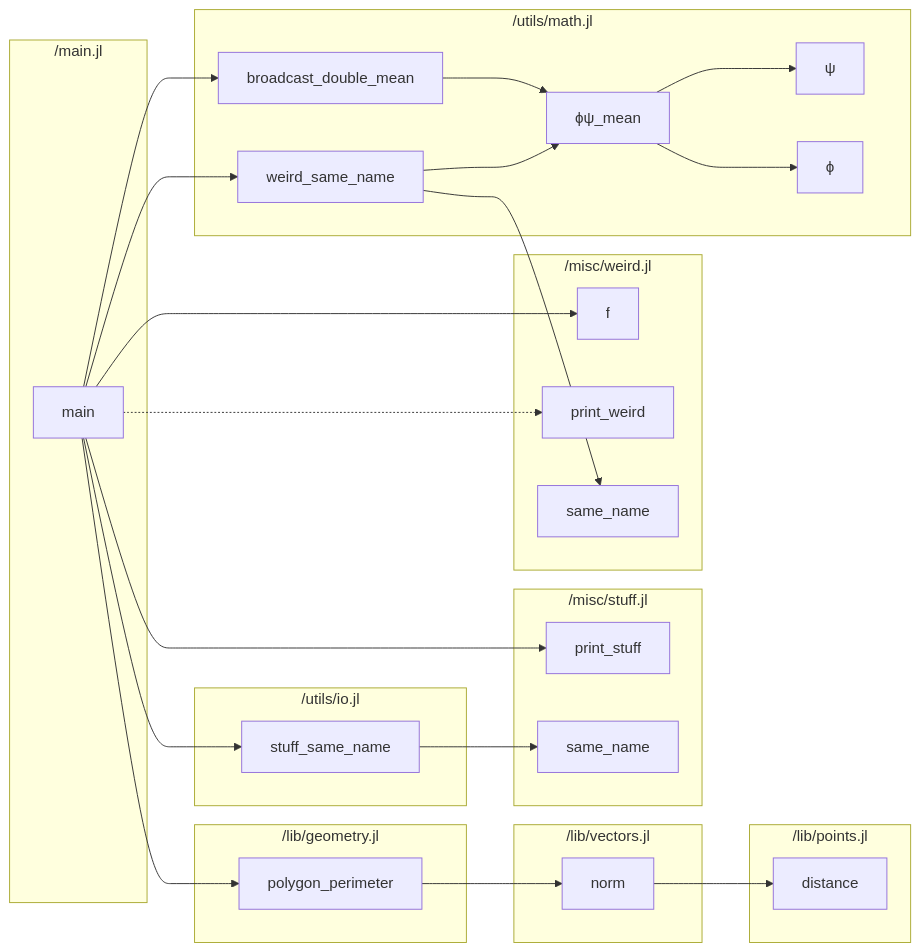
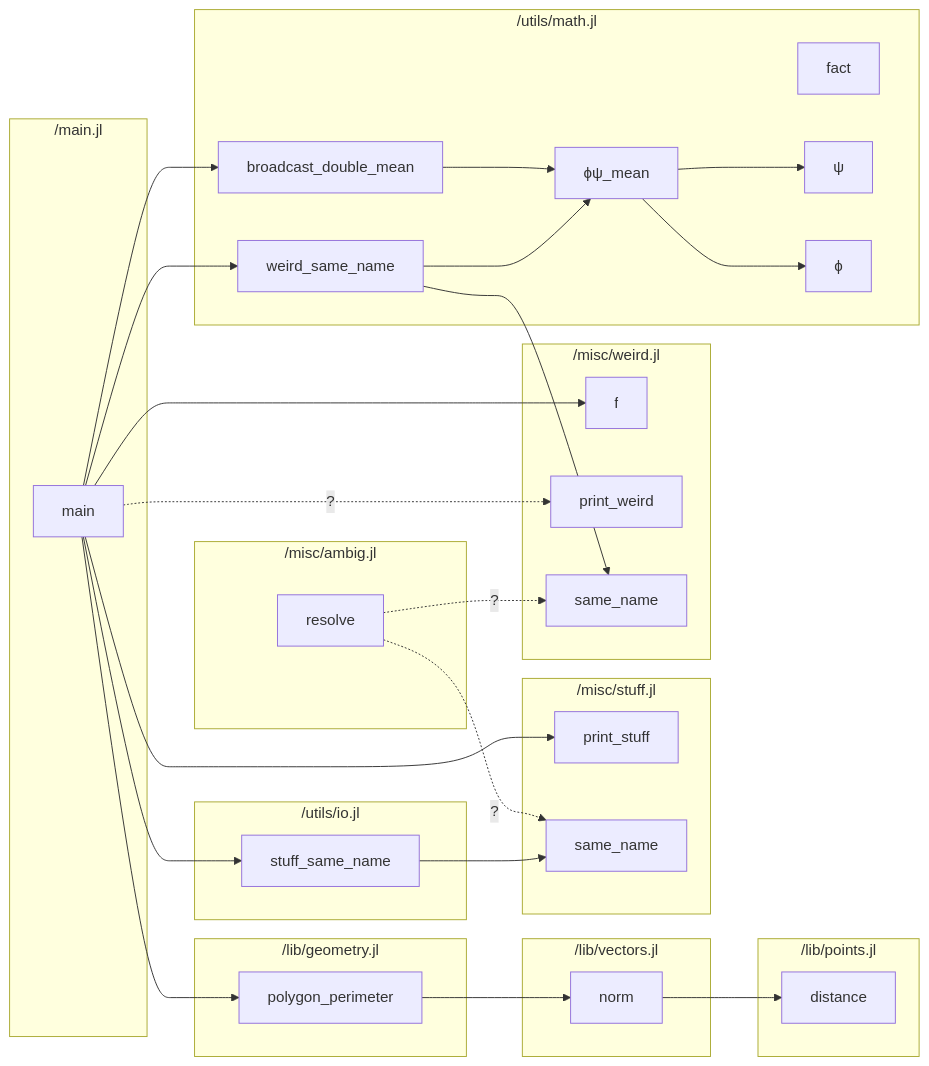
Before and after one commit to t-garin/MermaidCallGraph.jl: the diagram in test/expected_test_repo.md, drawn with Mermaid. The commit also changed 5 other files, not shown here.

````diff
--- a/test/expected_test_repo.md
+++ b/test/expected_test_repo.md
@@ -1,49 +1,55 @@
 ```mermaid
 flowchart LR
     subgraph "/lib/geometry.jl"
         _lib_geometry_jl_polygon_perimeter["polygon_perimeter"]
     end
     subgraph "/lib/points.jl"
         _lib_points_jl_distance["distance"]
     end
     subgraph "/lib/vectors.jl"
         _lib_vectors_jl_norm["norm"]
     end
     subgraph "/main.jl"
         _main_jl_main["main"]
+    end
+    subgraph "/misc/ambig.jl"
+        _misc_ambig_jl_resolve["resolve"]
     end
     subgraph "/misc/stuff.jl"
         _misc_stuff_jl_print_stuff["print_stuff"]
         _misc_stuff_jl_same_name["same_name"]
     end
     subgraph "/misc/weird.jl"
         _misc_weird_jl_f["f"]
         _misc_weird_jl_print_weird["print_weird"]
         _misc_weird_jl_same_name["same_name"]
     end
     subgraph "/utils/io.jl"
         _utils_io_jl_stuff_same_name["stuff_same_name"]
     end
     subgraph "/utils/math.jl"
         _utils_math_jl_broadcast_double_mean["broadcast_double_mean"]
+        _utils_math_jl_fact["fact"]
         _utils_math_jl_weird_same_name["weird_same_name"]
         _utils_math_jl_u3c8["ψ"]
         _utils_math_jl_u3d5["ϕ"]
         _utils_math_jl_u3d5u3c8_mean["ϕψ_mean"]
     end
     _lib_geometry_jl_polygon_perimeter --> _lib_vectors_jl_norm
     _lib_vectors_jl_norm --> _lib_points_jl_distance
     _main_jl_main --> _lib_geometry_jl_polygon_perimeter
     _main_jl_main --> _misc_stuff_jl_print_stuff
     _main_jl_main --> _misc_weird_jl_f
-    _main_jl_main -.-> _misc_weird_jl_print_weird
+    _main_jl_main -. ? .-> _misc_weird_jl_print_weird
     _main_jl_main --> _utils_io_jl_stuff_same_name
     _main_jl_main --> _utils_math_jl_broadcast_double_mean
     _main_jl_main --> _utils_math_jl_weird_same_name
+    _misc_ambig_jl_resolve -. ? .-> _misc_stuff_jl_same_name
+    _misc_ambig_jl_resolve -. ? .-> _misc_weird_jl_same_name
     _utils_io_jl_stuff_same_name --> _misc_stuff_jl_same_name
     _utils_math_jl_broadcast_double_mean --> _utils_math_jl_u3d5u3c8_mean
     _utils_math_jl_weird_same_name --> _misc_weird_jl_same_name
     _utils_math_jl_weird_same_name --> _utils_math_jl_u3d5u3c8_mean
     _utils_math_jl_u3d5u3c8_mean --> _utils_math_jl_u3c8
     _utils_math_jl_u3d5u3c8_mean --> _utils_math_jl_u3d5
 ```
````
